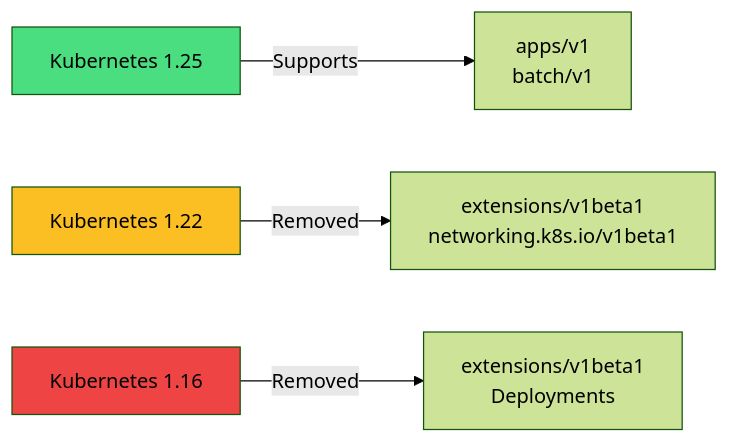
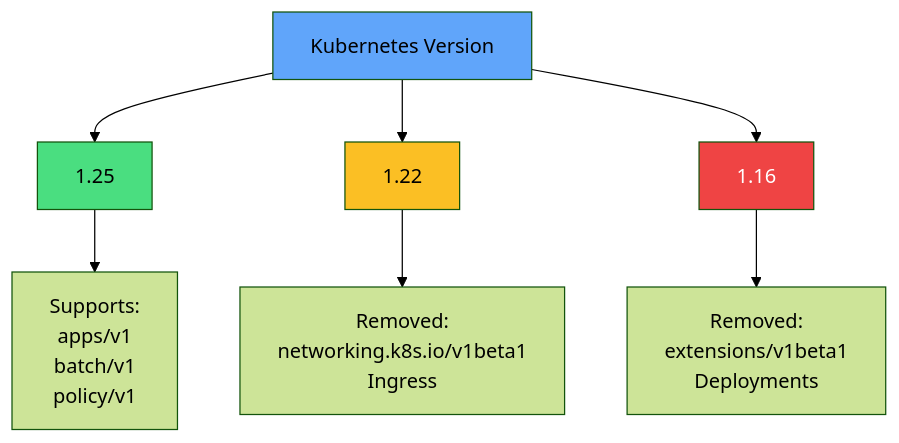
The ninth of 12 diagrams in slides/clusters/slides.md (courselabs/kubernetes), drawn with Mermaid (forest theme) before and after one commit. The commit also changed other lines of this file and 7 other files, not shown here.

````diff
--- a/slides/clusters/slides.md
+++ b/slides/clusters/slides.md
@@ -277,9 +514,13 @@
 ```mermaid
-graph LR
-    K1[Kubernetes 1.25] -->|Supports| A1[apps/v1<br/>batch/v1]
-    K2[Kubernetes 1.22] -->|Removed| A2[extensions/v1beta1<br/>networking.k8s.io/v1beta1]
-    K3[Kubernetes 1.16] -->|Removed| A3[extensions/v1beta1<br/>Deployments]
-    style K1 fill:#4ade80
-    style K2 fill:#fbbf24
-    style K3 fill:#ef4444
+graph TB
+    K[Kubernetes Version] --> V1[1.25]
+    K --> V2[1.22]
+    K --> V3[1.16]
+    V1 --> S1[Supports:<br/>apps/v1<br/>batch/v1<br/>policy/v1]
+    V2 --> R2[Removed:<br/>networking.k8s.io/v1beta1<br/>Ingress]
+    V3 --> R3[Removed:<br/>extensions/v1beta1<br/>Deployments]
+    style K fill:#60a5fa
+    style V1 fill:#4ade80
+    style V2 fill:#fbbf24
+    style V3 fill:#ef4444,color:#fff
 ```
````
